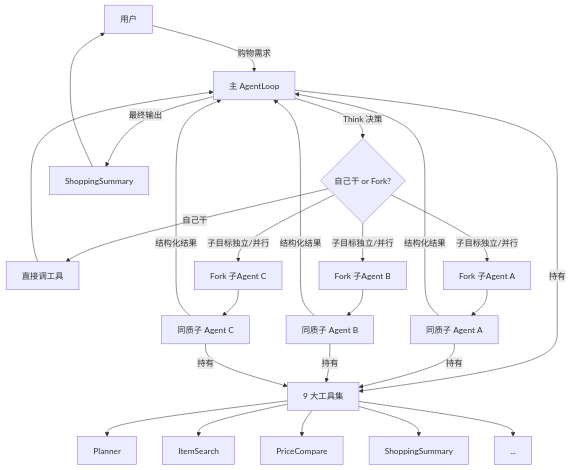
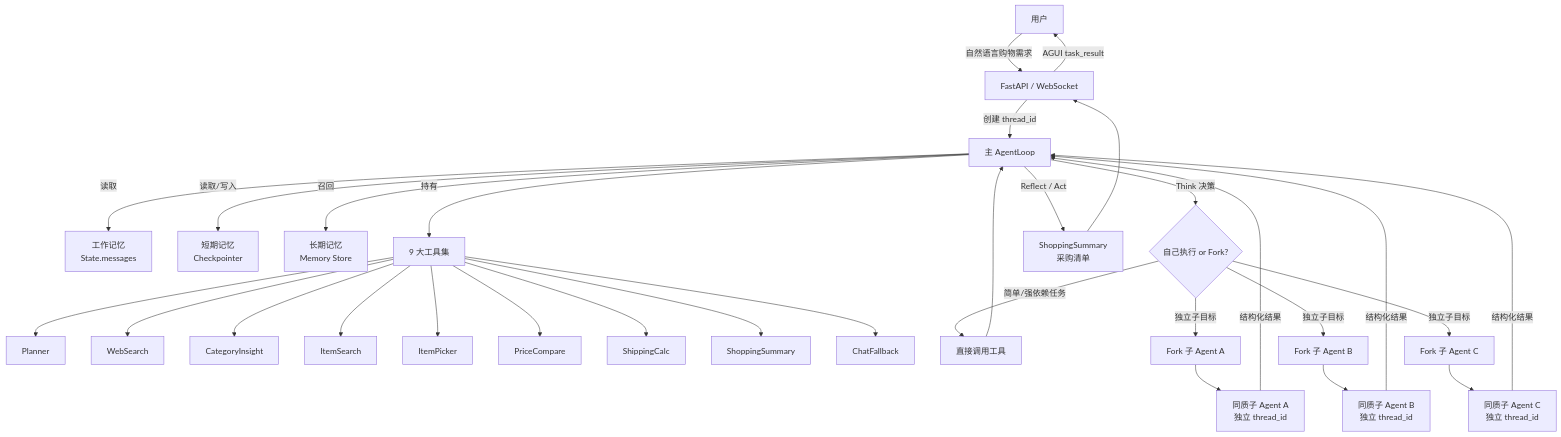
The first of 6 diagrams in docs/01-Agent架构设计.md (lzplsp666/glodex-agent), drawn with Mermaid before and after one commit. The commit also changed other lines of this file and 46 other files, not shown here.

````diff
--- a/docs/01-Agent架构设计.md
+++ b/docs/01-Agent架构设计.md
@@ -11,35 +50,41 @@
 ```mermaid
 graph TD
-    User[用户] -->|购物需求| MainLoop[主 AgentLoop]
+    User["用户"] -->|"自然语言购物需求"| API["FastAPI / WebSocket"]
+    API -->|"创建 thread_id"| MainLoop["主 AgentLoop"]
 
-    MainLoop -->|持有| Tools[9 大工具集]
-    Tools --> T1[Planner]
-    Tools --> T2[ItemSearch]
-    Tools --> T3[PriceCompare]
-    Tools --> T4[ShoppingSummary]
-    Tools --> T5[...]
+    MainLoop -->|"读取"| Working["工作记忆<br/>State.messages"]
+    MainLoop -->|"读取/写入"| Short["短期记忆<br/>Checkpointer"]
+    MainLoop -->|"召回"| Long["长期记忆<br/>Memory Store"]
 
-    MainLoop -->|Think 决策| Decision{自己干 or Fork?}
+    MainLoop -->|"持有"| Tools["9 大工具集"]
+    Tools --> Planner["Planner"]
+    Tools --> WebSearch["WebSearch"]
+    Tools --> CategoryInsight["CategoryInsight"]
+    Tools --> ItemSearch["ItemSearch"]
+    Tools --> ItemPicker["ItemPicker"]
+    Tools --> PriceCompare["PriceCompare"]
+    Tools --> ShippingCalc["ShippingCalc"]
+    Tools --> ShoppingSummary["ShoppingSummary"]
+    Tools --> ChatFallback["ChatFallback"]
 
-    Decision -->|自己干| DirectCall[直接调工具]
-    DirectCall --> MainLoop
+    MainLoop -->|"Think 决策"| Decision{"自己执行 or Fork?"}
 
-    Decision -->|子目标独立/并行| Fork1[Fork 子Agent A]
-    Decision -->|子目标独立/并行| Fork2[Fork 子Agent B]
-    Decision -->|子目标独立/并行| Fork3[Fork 子Agent C]
+    Decision -->|"简单/强依赖任务"| Direct["直接调用工具"]
+    Direct --> MainLoop
 
-    Fork1 --> SubA[同质子 Agent A]
-    Fork2 --> SubB[同质子 Agent B]
-    Fork3 --> SubC[同质子 Agent C]
+    Decision -->|"独立子目标"| ForkA["Fork 子 Agent A"]
+    Decision -->|"独立子目标"| ForkB["Fork 子 Agent B"]
+    Decision -->|"独立子目标"| ForkC["Fork 子 Agent C"]
 
-    SubA -->|持有| Tools
-    SubB -->|持有| Tools
-    SubC -->|持有| Tools
+    ForkA --> SubA["同质子 Agent A<br/>独立 thread_id"]
+    ForkB --> SubB["同质子 Agent B<br/>独立 thread_id"]
+    ForkC --> SubC["同质子 Agent C<br/>独立 thread_id"]
 
-    SubA -->|结构化结果| MainLoop
-    SubB -->|结构化结果| MainLoop
-    SubC -->|结构化结果| MainLoop
+    SubA -->|"结构化结果"| MainLoop
+    SubB -->|"结构化结果"| MainLoop
+    SubC -->|"结构化结果"| MainLoop
 
-    MainLoop -->|最终输出| Summary[ShoppingSummary]
-    Summary --> User
+    MainLoop -->|"Reflect / Act"| Final["ShoppingSummary<br/>采购清单"]
+    Final --> API
+    API -->|"AGUI task_result"| User
 ```
````
